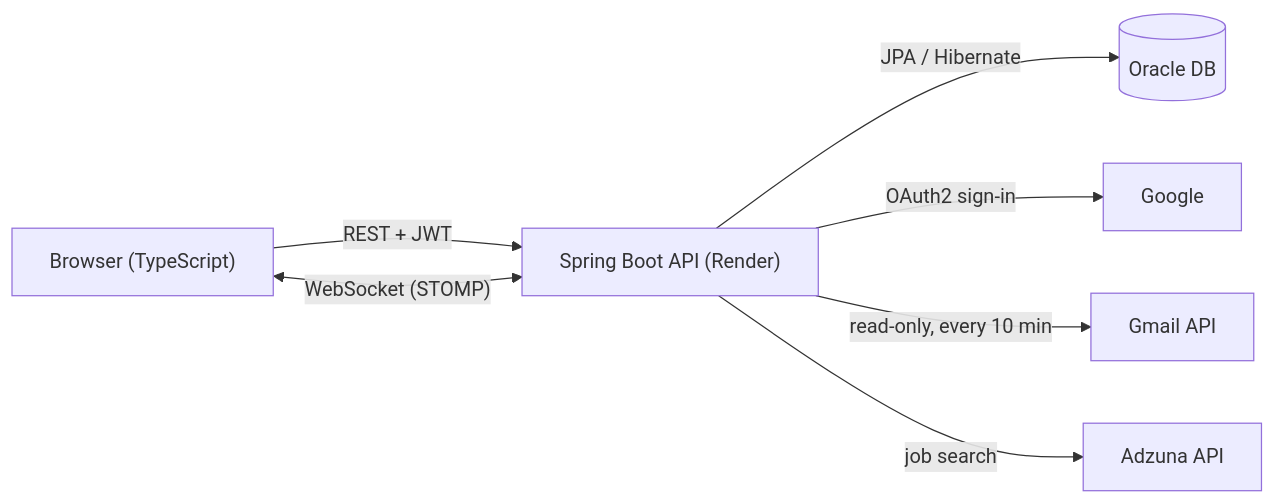
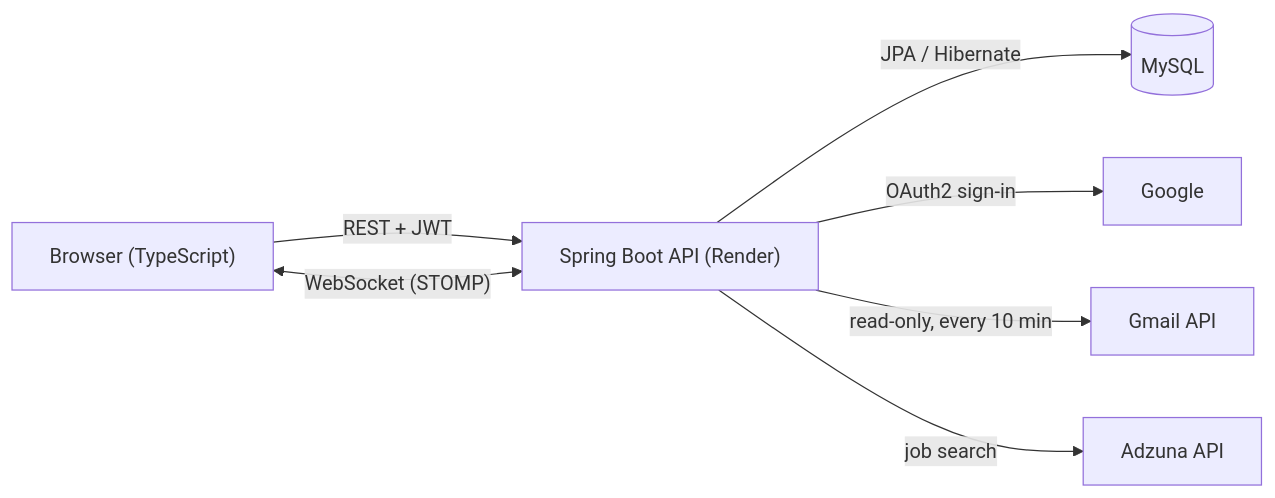
The diagram in README.md (Vinod5134/job-tracker), drawn with Mermaid before and after one commit. The commit also changed other lines of this file and 3 other files, not shown here.

````diff
--- a/README.md
+++ b/README.md
@@ -35,9 +35,9 @@
 ```mermaid
 flowchart LR
     Browser["Browser (TypeScript)"] -- "REST + JWT" --> API["Spring Boot API (Render)"]
     Browser <-- "WebSocket (STOMP)" --> API
-    API -- "JPA / Hibernate" --> DB[("Oracle DB")]
+    API -- "JPA / Hibernate" --> DB[("MySQL")]
     API -- "OAuth2 sign-in" --> Google["Google"]
     API -- "read-only, every 10 min" --> Gmail["Gmail API"]
     API -- "job search" --> Adzuna["Adzuna API"]
 ```
````
